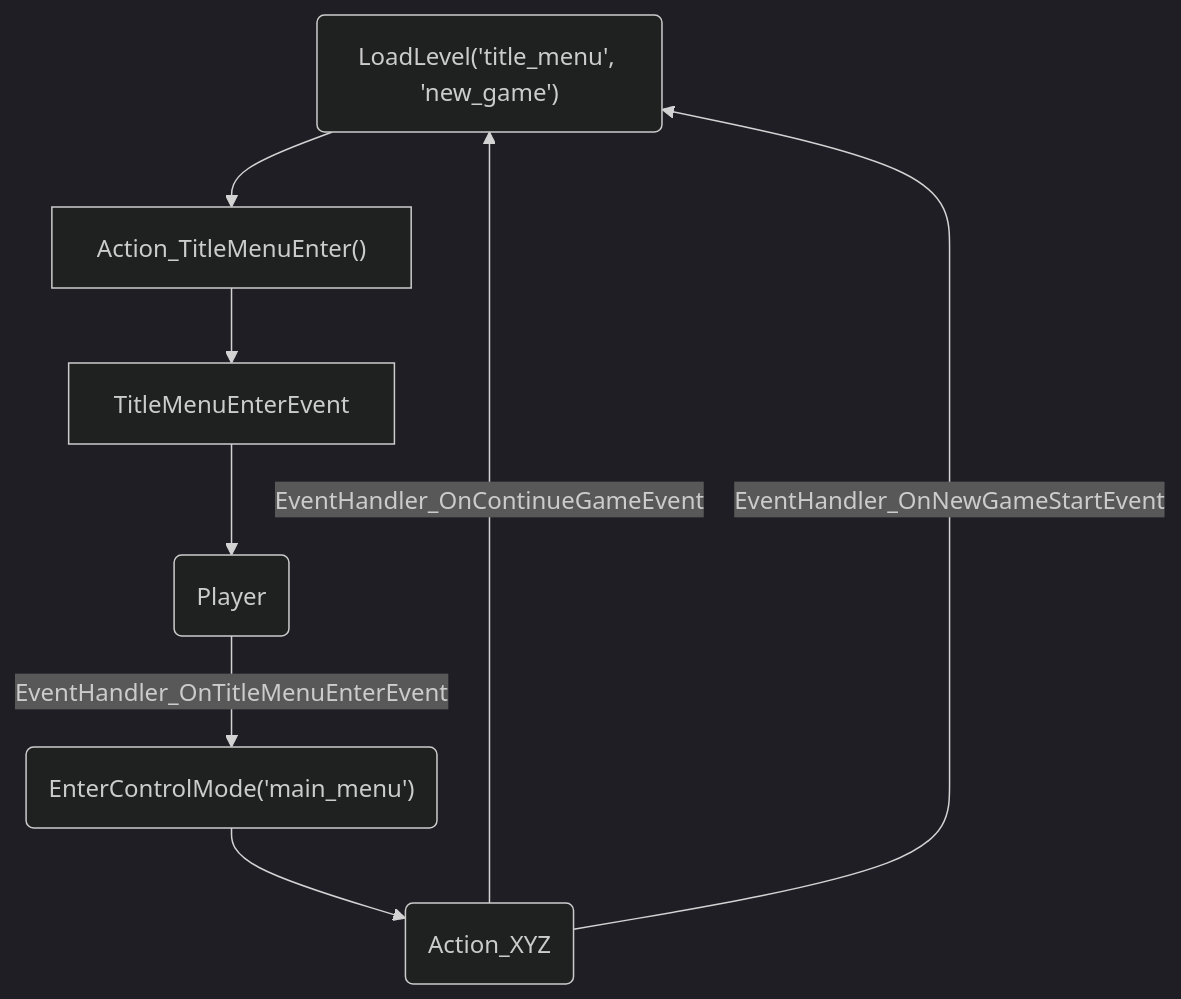
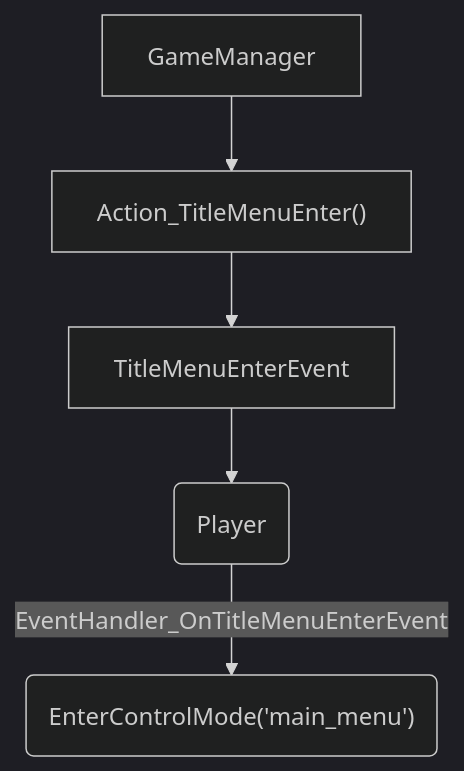
One commit to gsg-jay/GamePatterns changed the third of 6 diagrams in EventFlow.md. Above: the diagram before and after it, drawn with Mermaid (dark theme).

````diff
--- a/EventFlow.md
+++ b/EventFlow.md
@@ -28,9 +28,7 @@
 ```mermaid
 flowchart TD;
 gm["GameManager"]
 gm-->gs["Action_TitleMenuEnter()"]
 gs-->e["TitleMenuEnterEvent"]
 e-->p("Player")-->|EventHandler_OnTitleMenuEnterEvent|peh("EnterControlMode('main_menu')")
-peh-->act(Action_ABC)-->|EventHandler_OnContinueGameEvent|gm("LoadLevel(<level from game data>, <args from game data>)")
-act(Action_XYZ)-->|EventHandler_OnNewGameStartEvent|gm("LoadLevel('title_menu', 'new_game')")
 ```
````
